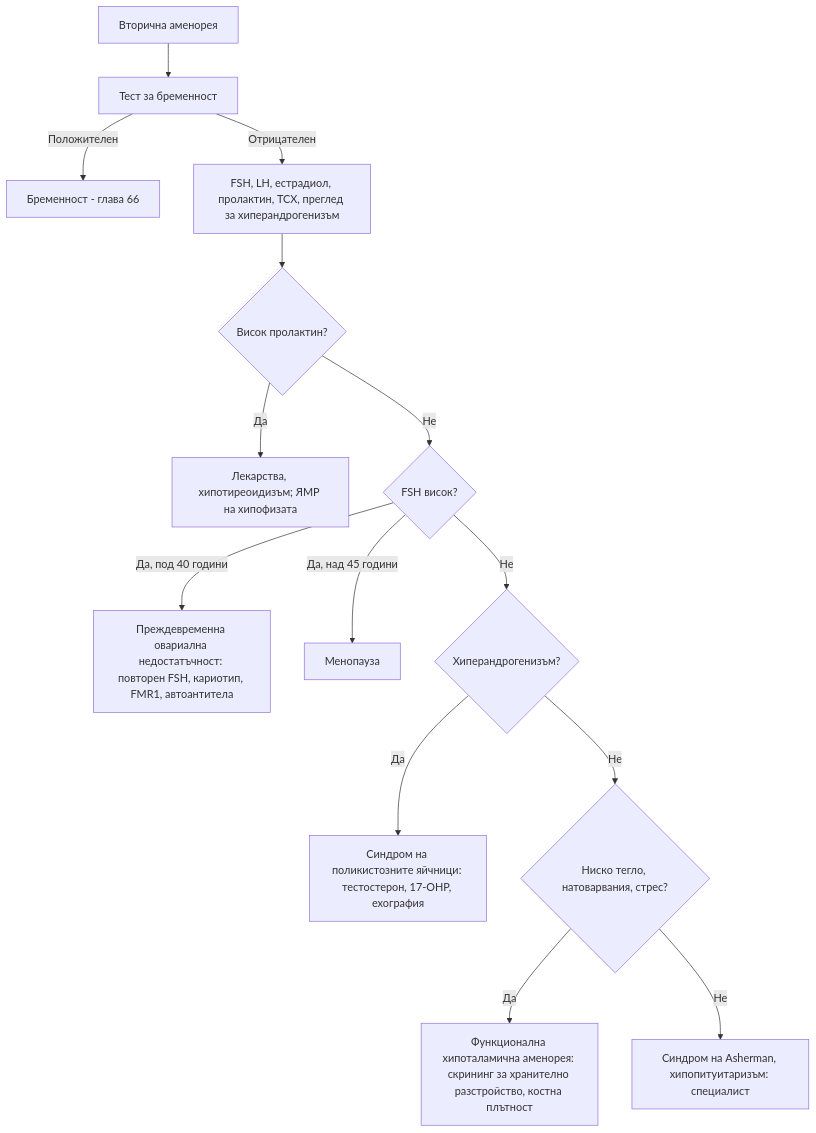
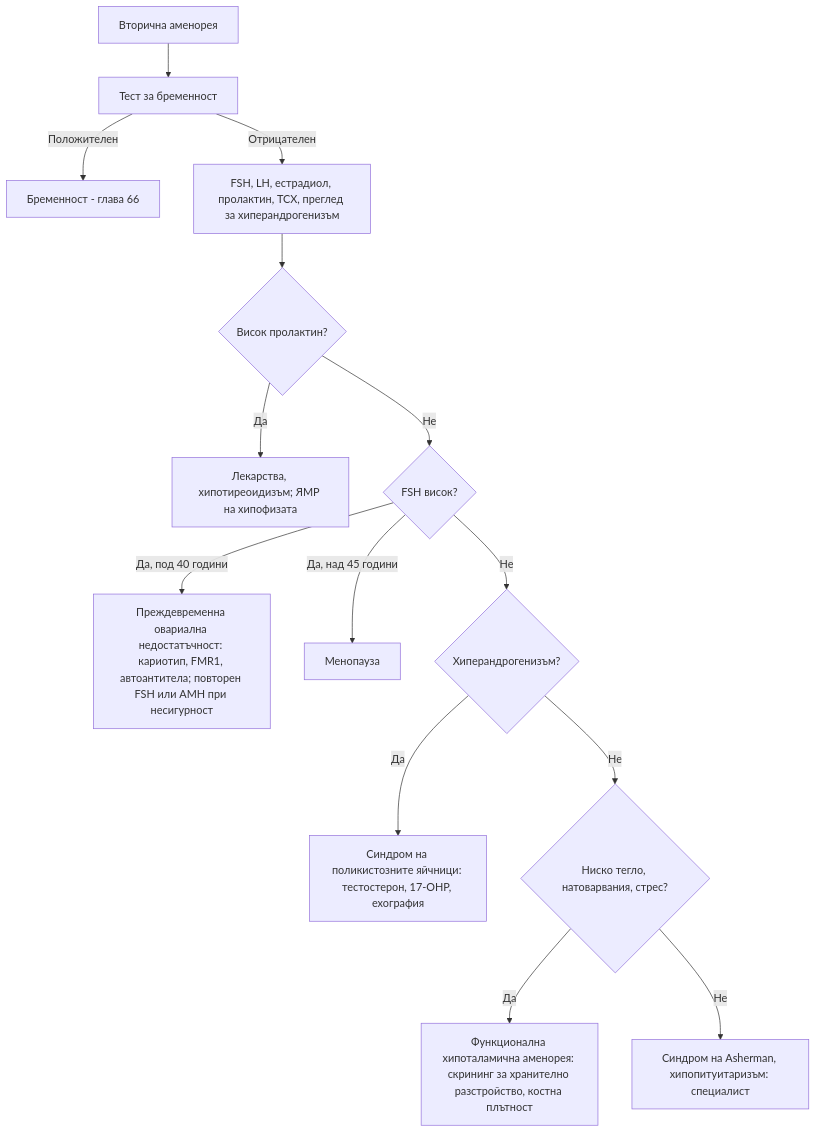
One commit to yancho26/yancho changed the diagram in glavi/63-menstrualni-narushenia.md. Above: the diagram before and after it, drawn with Mermaid. The commit also changed other lines of this file and 58 other files, not shown here.

````diff
--- a/glavi/63-menstrualni-narushenia.md
+++ b/glavi/63-menstrualni-narushenia.md
@@ -144,16 +144,16 @@
 ```mermaid
 flowchart TD
     A["Вторична аменорея"] --> B["Тест за бременност"]
     B -->|Положителен| C["Бременност - глава 66"]
     B -->|Отрицателен| D["FSH, LH, естрадиол, пролактин, ТСХ, преглед за хиперандрогенизъм"]
     D --> E{"Висок пролактин?"}
     E -->|Да| F["Лекарства, хипотиреоидизъм; ЯМР на хипофизата"]
     E -->|Не| G{"FSH висок?"}
-    G -->|Да, под 40 години| H["Преждевременна овариална недостатъчност: повторен FSH, кариотип, FMR1, автоантитела"]
+    G -->|Да, под 40 години| H["Преждевременна овариална недостатъчност: кариотип, FMR1, автоантитела; повторен FSH или AMH при несигурност"]
     G -->|Да, над 45 години| I["Менопауза"]
     G -->|Не| J{"Хиперандрогенизъм?"}
     J -->|Да| K["Синдром на поликистозните яйчници: тестостерон, 17-OHP, ехография"]
     J -->|Не| L{"Ниско тегло, натоварвания, стрес?"}
     L -->|Да| M["Функционална хипоталамична аменорея: скрининг за хранително разстройство, костна плътност"]
     L -->|Не| N["Синдром на Asherman, хипопитуитаризъм: специалист"]
 ```
````
